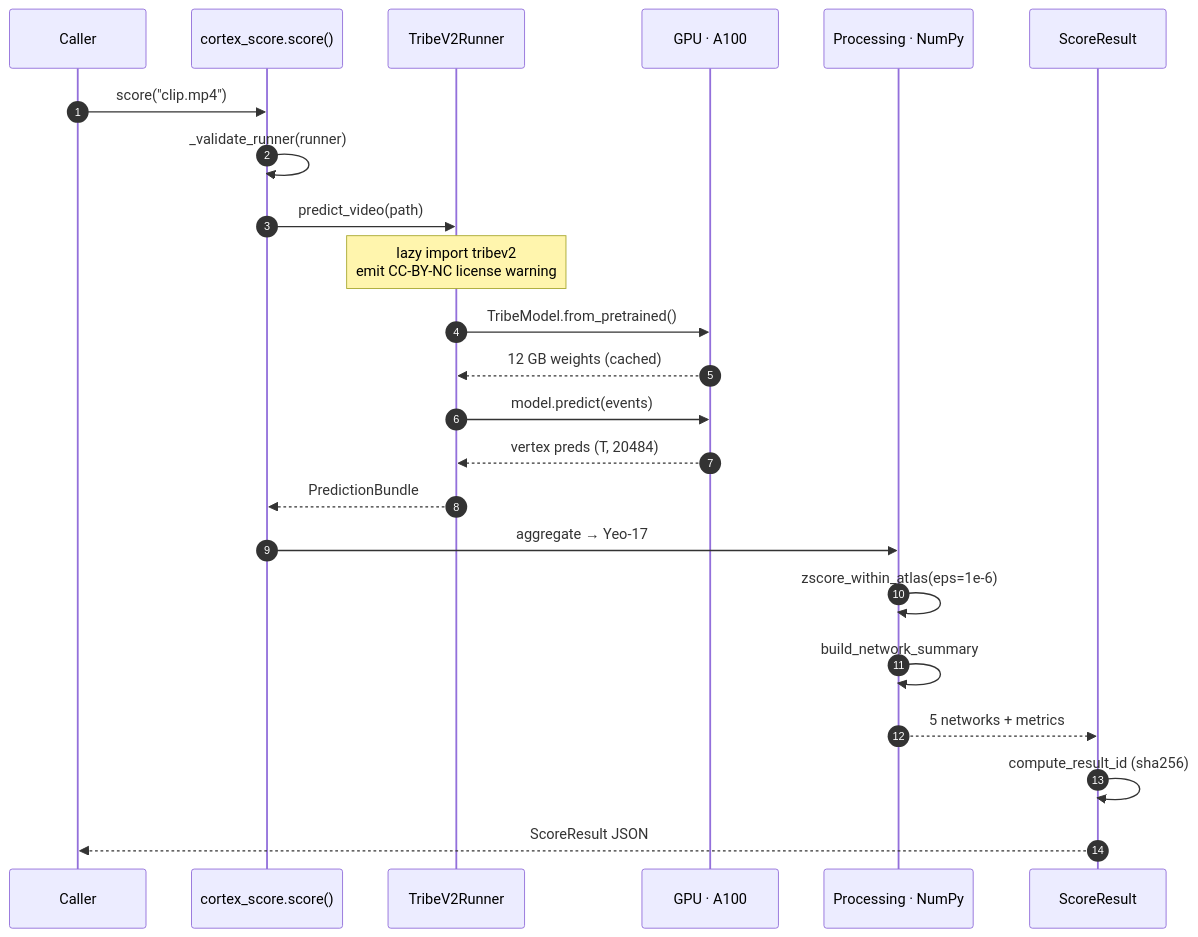
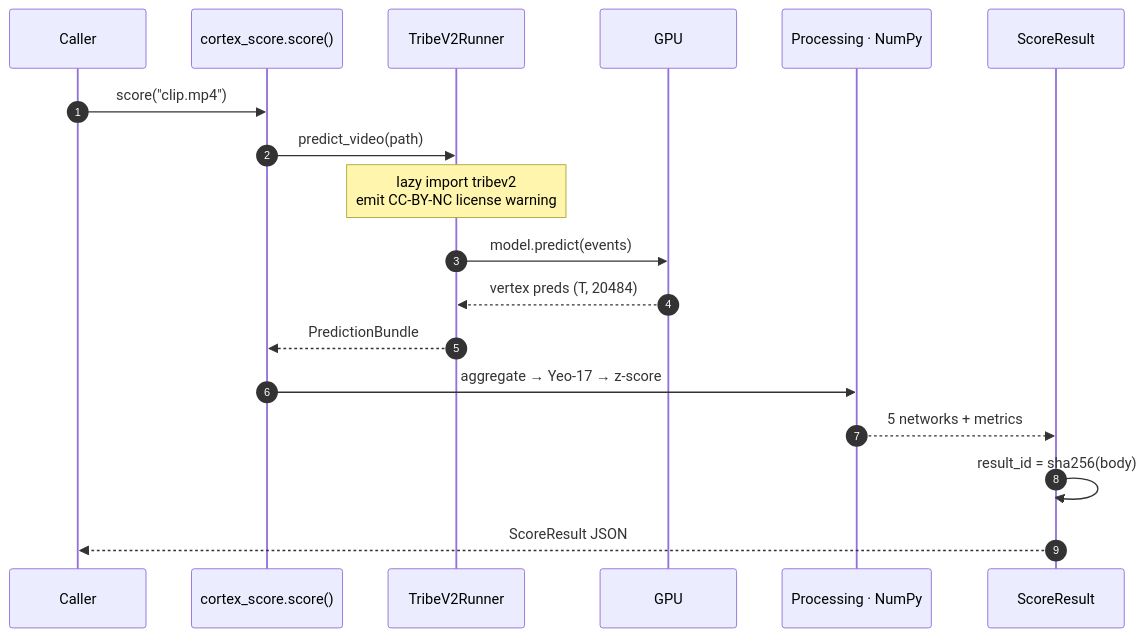
The third of 3 diagrams in README.md (madhavcodez/cortex-score), drawn with Mermaid before and after one commit. The commit also changed other lines of this file, not shown here.

Commit message:
docs: simplify README — strip badges/SVG chrome, keep diagrams and substance

````diff
--- a/README.md
+++ b/README.md
@@ -141,26 +100,21 @@
 ```mermaid
 sequenceDiagram
     autonumber
     participant U as Caller
     participant API as cortex_score.score()
     participant RUN as TribeV2Runner
-    participant CUDA as GPU · A100
+    participant CUDA as GPU
     participant POST as Processing · NumPy
     participant SCH as ScoreResult
 
     U->>API: score("clip.mp4")
-    API->>API: _validate_runner(runner)
     API->>RUN: predict_video(path)
     Note over RUN: lazy import tribev2<br/>emit CC-BY-NC license warning
-    RUN->>CUDA: TribeModel.from_pretrained()
-    CUDA-->>RUN: 12 GB weights (cached)
     RUN->>CUDA: model.predict(events)
     CUDA-->>RUN: vertex preds (T, 20484)
     RUN-->>API: PredictionBundle
-    API->>POST: aggregate → Yeo-17
-    POST->>POST: zscore_within_atlas(eps=1e-6)
-    POST->>POST: build_network_summary
+    API->>POST: aggregate → Yeo-17 → z-score
     POST-->>SCH: 5 networks + metrics
-    SCH->>SCH: compute_result_id (sha256)
+    SCH->>SCH: result_id = sha256(body)
     SCH-->>U: ScoreResult JSON
 ```
````
